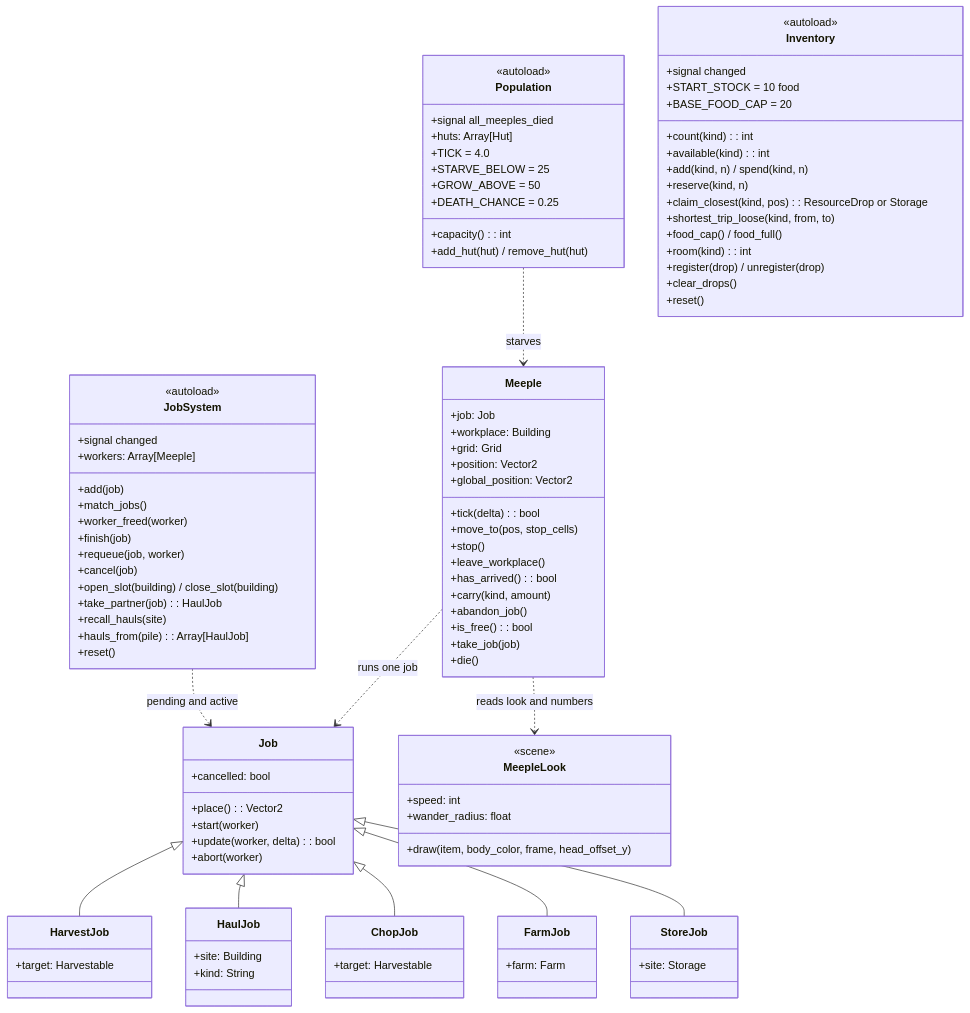
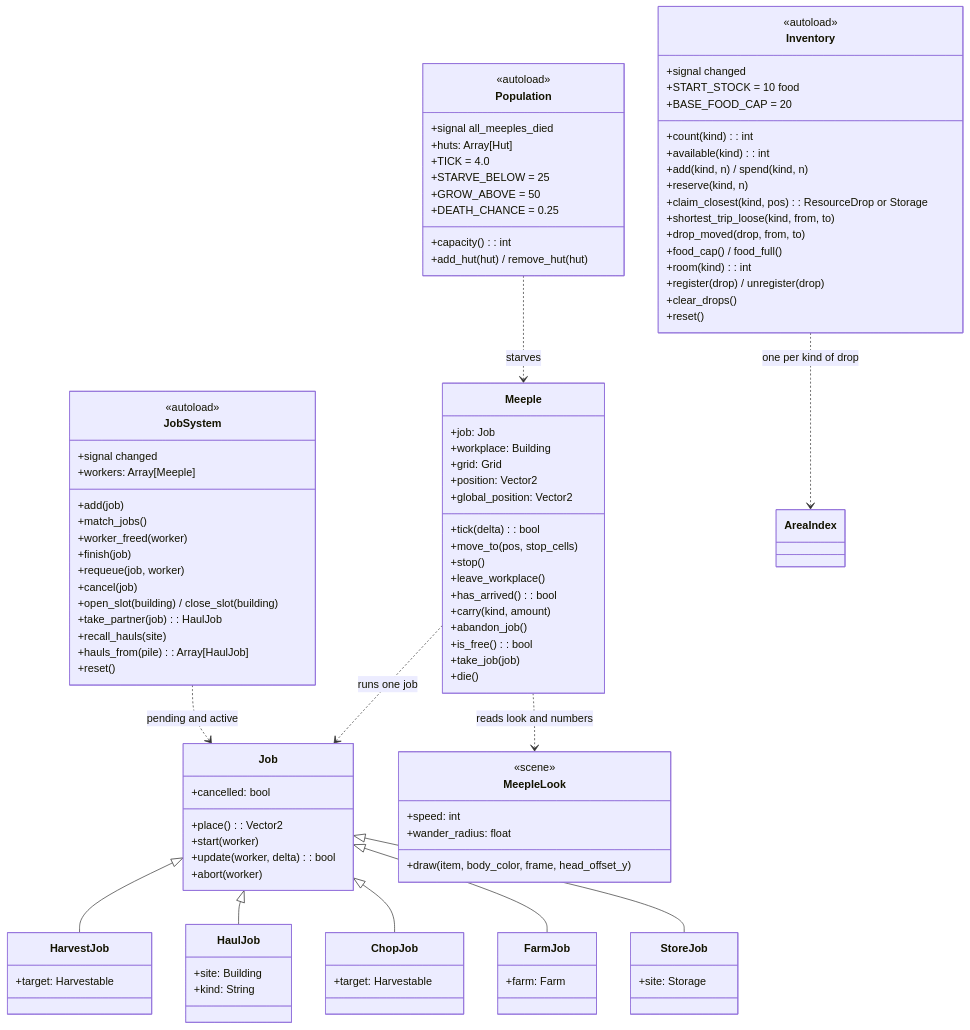
The tenth of 11 diagrams in docs/architecture.md (Liam-M-Mays/game-jam-2026), drawn with Mermaid before and after one commit. The commit also changed other lines of this file and 13 other files, not shown here.

```diff
--- a/docs/architecture.md
+++ b/docs/architecture.md
@@ -659,6 +665,7 @@
         +reserve(kind, n)
         +claim_closest(kind, pos): ResourceDrop or Storage
         +shortest_trip_loose(kind, from, to)
+        +drop_moved(drop, from, to)
         +food_cap() / food_full()
         +room(kind): int
         +register(drop) / unregister(drop)
@@ -687,6 +694,7 @@
     Job <|-- FarmJob
     Job <|-- StoreJob
     JobSystem ..> Job : pending and active
+    Inventory ..> AreaIndex : one per kind of drop
     Meeple ..> Job : runs one job
     Meeple ..> MeepleLook : reads look and numbers
     Population ..> Meeple : starves
```
